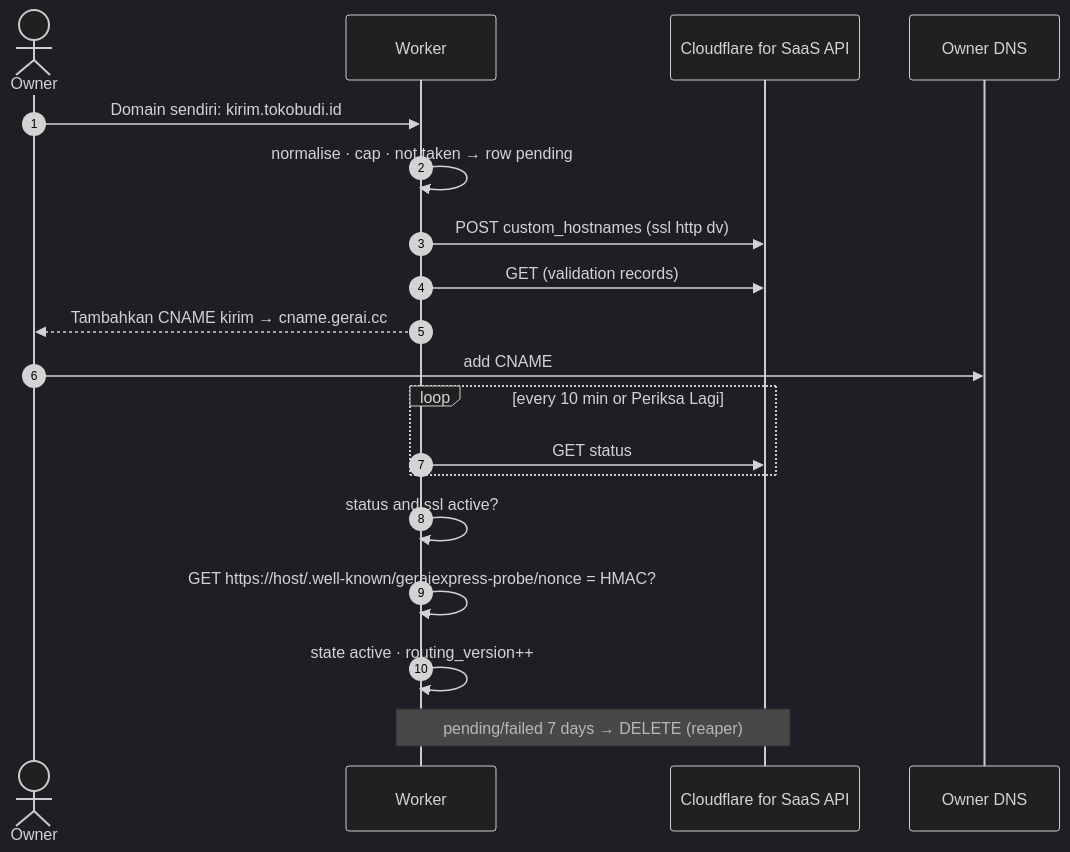
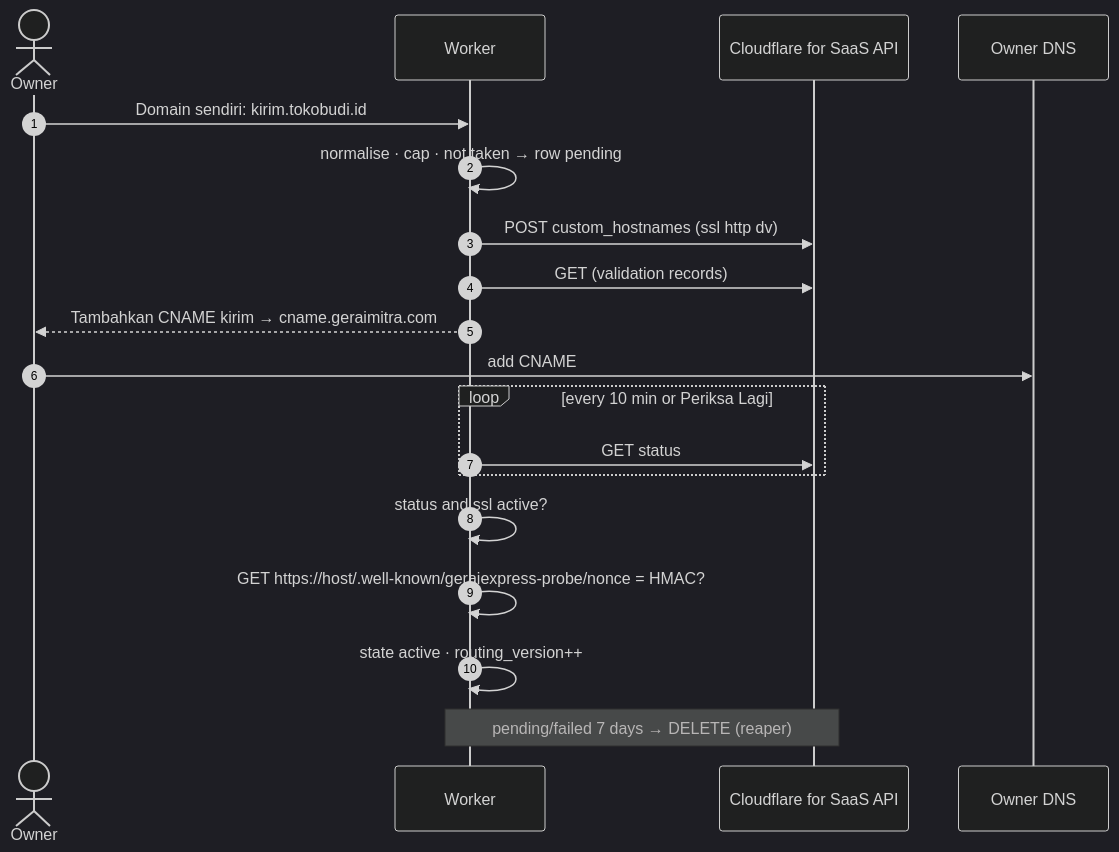
Before and after one commit to ongkipro/geraiexpress-cfv2: the ninth of 14 diagrams in docs/DIAGRAMS.md, drawn with Mermaid (dark theme). The commit also changed other lines of this file and 87 other files, not shown here.

First line of the commit message:
feat: move the tenant zone to geraimitra.com and co-host the relay on 99ribu-prod

````diff
--- a/docs/DIAGRAMS.md
+++ b/docs/DIAGRAMS.md
@@ -436,21 +436,21 @@
 ```mermaid
 sequenceDiagram
     autonumber
     actor O as Owner
     participant W as Worker
     participant CF as Cloudflare for SaaS API
     participant DNS as Owner DNS
     O->>W: Domain sendiri: kirim.tokobudi.id
     W->>W: normalise · cap · not taken → row pending
     W->>CF: POST custom_hostnames (ssl http dv)
     W->>CF: GET (validation records)
-    W-->>O: Tambahkan CNAME kirim → cname.gerai.cc
+    W-->>O: Tambahkan CNAME kirim → cname.geraimitra.com
     O->>DNS: add CNAME
     loop every 10 min or Periksa Lagi
         W->>CF: GET status
     end
     W->>W: status and ssl active?
     W->>W: GET https://host/.well-known/geraiexpress-probe/nonce = HMAC?
     W->>W: state active · routing_version++
     Note over W,CF: pending/failed 7 days → DELETE (reaper)
 ```
````
